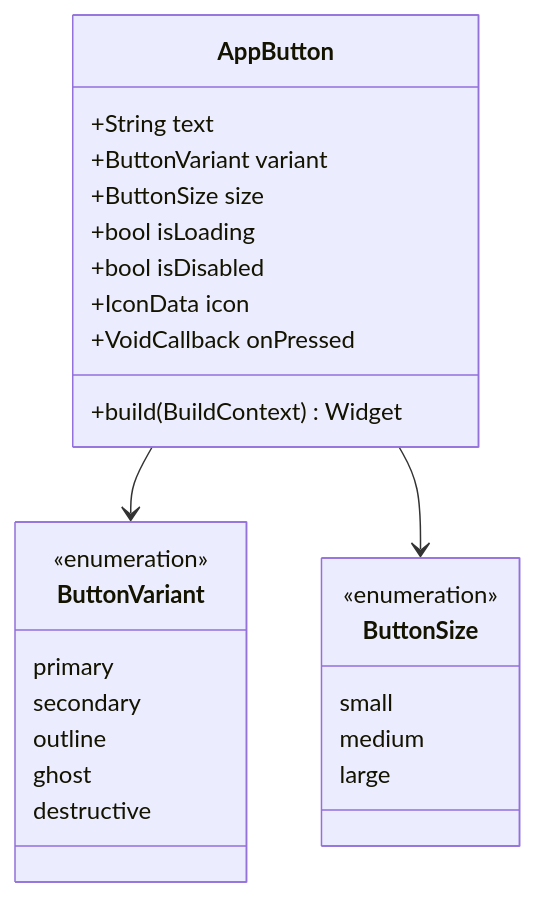
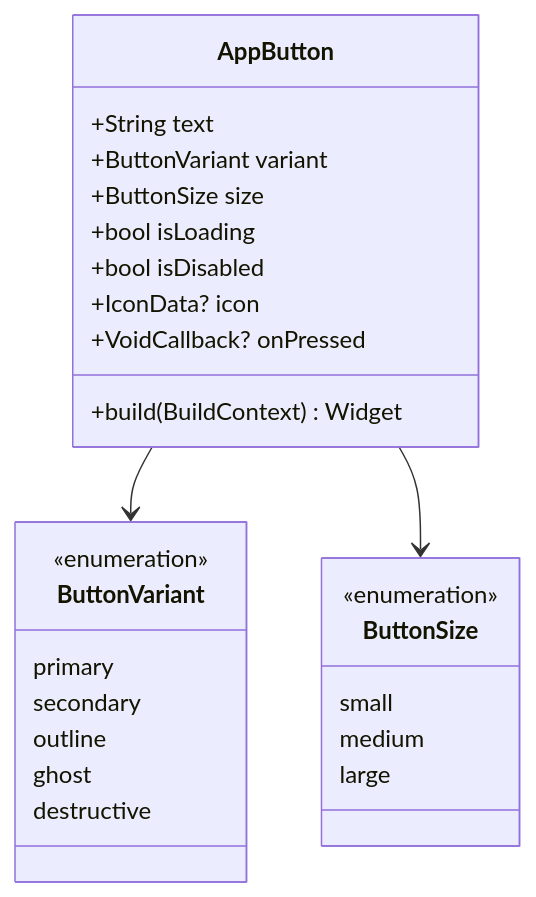
Before and after one commit to cahyo40/agent: the diagram in workflows/flutter-ui-kit/04_component_development.md, drawn with Mermaid. The commit also changed other lines of this file and 17 other files, not shown here.

````diff
--- a/workflows/flutter-ui-kit/04_component_development.md
+++ b/workflows/flutter-ui-kit/04_component_development.md
@@ -101,32 +186,29 @@
 ```mermaid
 classDiagram
     class AppButton {
         +String text
         +ButtonVariant variant
         +ButtonSize size
         +bool isLoading
         +bool isDisabled
-        +IconData icon
-        +VoidCallback onPressed
+        +IconData? icon
+        +VoidCallback? onPressed
         +build(BuildContext) Widget
     }
-
     class ButtonVariant {
         <<enumeration>>
         primary
         secondary
         outline
         ghost
         destructive
     }
-
     class ButtonSize {
         <<enumeration>>
         small
         medium
         large
     }
-
     AppButton --> ButtonVariant
     AppButton --> ButtonSize
 ```
````
